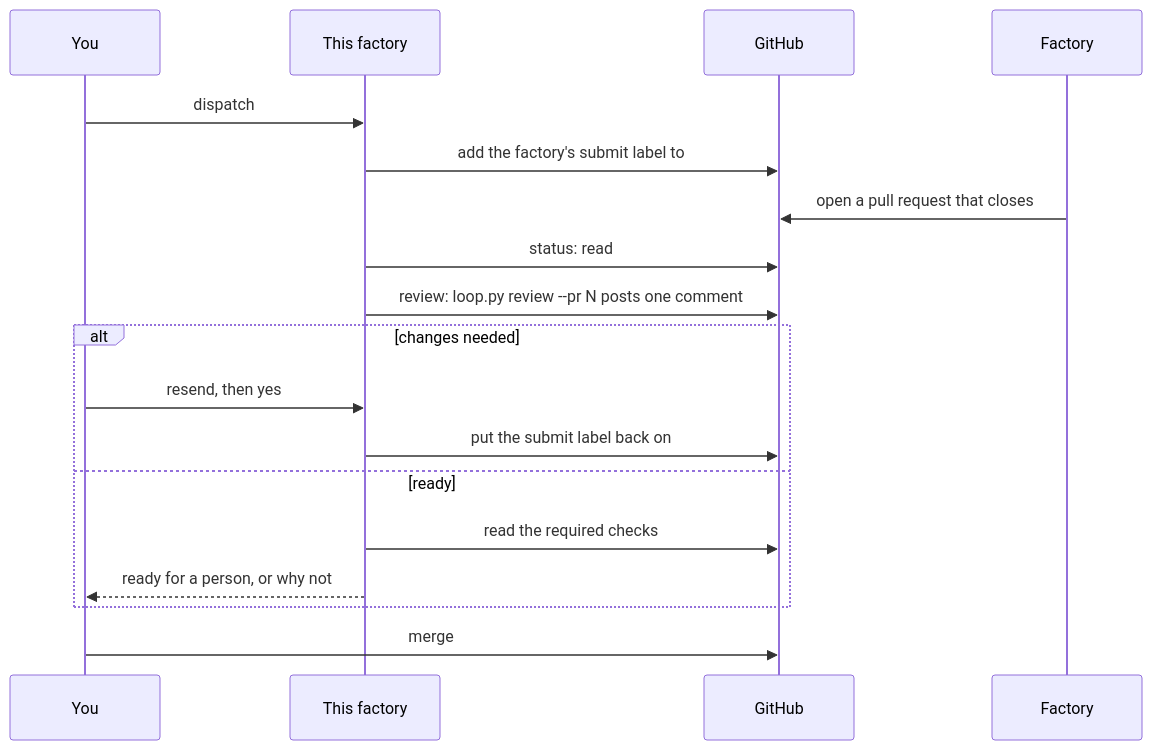
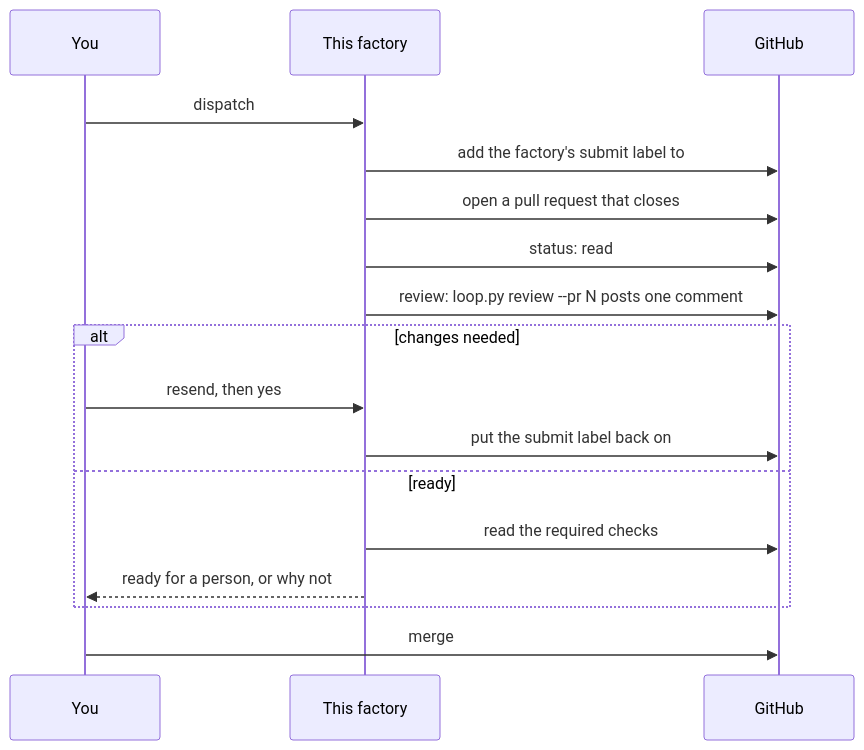
Before and after one commit to SanvioLabs/sanvio-factory: the diagram in HOW-IT-WORKS.md, drawn with Mermaid. The commit also changed 52 other files, not shown here.

````diff
--- a/HOW-IT-WORKS.md
+++ b/HOW-IT-WORKS.md
@@ -652,20 +652,20 @@
 ```mermaid
 sequenceDiagram
     participant You
-    participant Harness as This factory
+    participant Factory as This factory
     participant GitHub
     participant Factory
-    You->>Harness: dispatch #12, then yes
-    Harness->>GitHub: add the factory's submit label to #12
+    You->>Factory: dispatch #12, then yes
+    Factory->>GitHub: add the factory's submit label to #12
     Factory->>GitHub: open a pull request that closes #12
-    Harness->>GitHub: status: read #12 and its pull request
-    Harness->>GitHub: review: loop.py review --pr N posts one comment
+    Factory->>GitHub: status: read #12 and its pull request
+    Factory->>GitHub: review: loop.py review --pr N posts one comment
     alt changes needed
-        You->>Harness: resend, then yes
-        Harness->>GitHub: put the submit label back on #12
+        You->>Factory: resend, then yes
+        Factory->>GitHub: put the submit label back on #12
     else ready
-        Harness->>GitHub: read the required checks
-        Harness-->>You: ready for a person, or why not
+        Factory->>GitHub: read the required checks
+        Factory-->>You: ready for a person, or why not
     end
     You->>GitHub: merge
 ```
````
